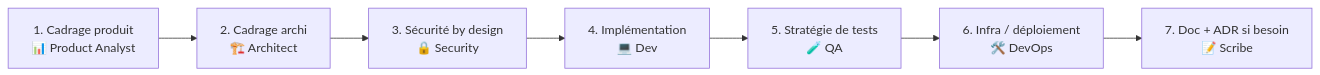
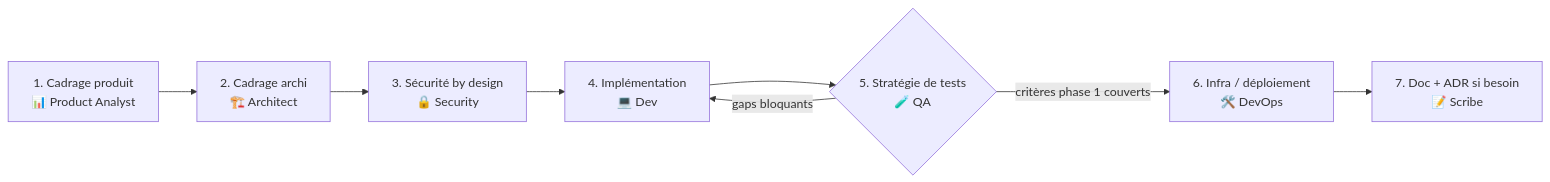
The diagram in agents/workflows/feature-development.md (zavrocKk/zav-sandbox), drawn with Mermaid before and after one commit. The commit also changed other lines of this file and 2 other files, not shown here.

Commit message:
fix(workflows): align mermaid diagrams with prose rules
- incident-response: decision branches on mitigation (refused/failed -> back
  to diagnostic) and root-cause routing by hypothesis type (Dev/DevOps/
  Security+escalade/Panel divergent), previously prose-only (rules L33-40)
- code-analysis: phases 2-5 now parallel fan-out from inventory, matching
  the divergent regime the party-mode module mandates for audits
- feature-development: QA closed loop made visible (blocking gaps -> back
  to implementation), matching the 'boucle fermee' rule

Diagrams now encode the binary rules instead of leaving them prose-only
(principe directeur 2026-05-09: regles binaires > narratives).

````diff
--- a/agents/workflows/feature-development.md
+++ b/agents/workflows/feature-development.md
@@ -7,9 +7,10 @@
 ```mermaid
 flowchart LR
   P[1. Cadrage produit<br/>📊 Product Analyst] --> C[2. Cadrage archi<br/>🏗️ Architect]
   C --> S[3. Sécurité by design<br/>🔒 Security]
   S --> I[4. Implémentation<br/>💻 Dev]
-  I --> Q[5. Stratégie de tests<br/>🧪 QA]
-  Q --> O[6. Infra / déploiement<br/>🛠️ DevOps]
+  I --> Q{5. Stratégie de tests<br/>🧪 QA}
+  Q -->|gaps bloquants| I
+  Q -->|critères phase 1 couverts| O[6. Infra / déploiement<br/>🛠️ DevOps]
   O --> D[7. Doc + ADR si besoin<br/>📝 Scribe]
 ```
````
